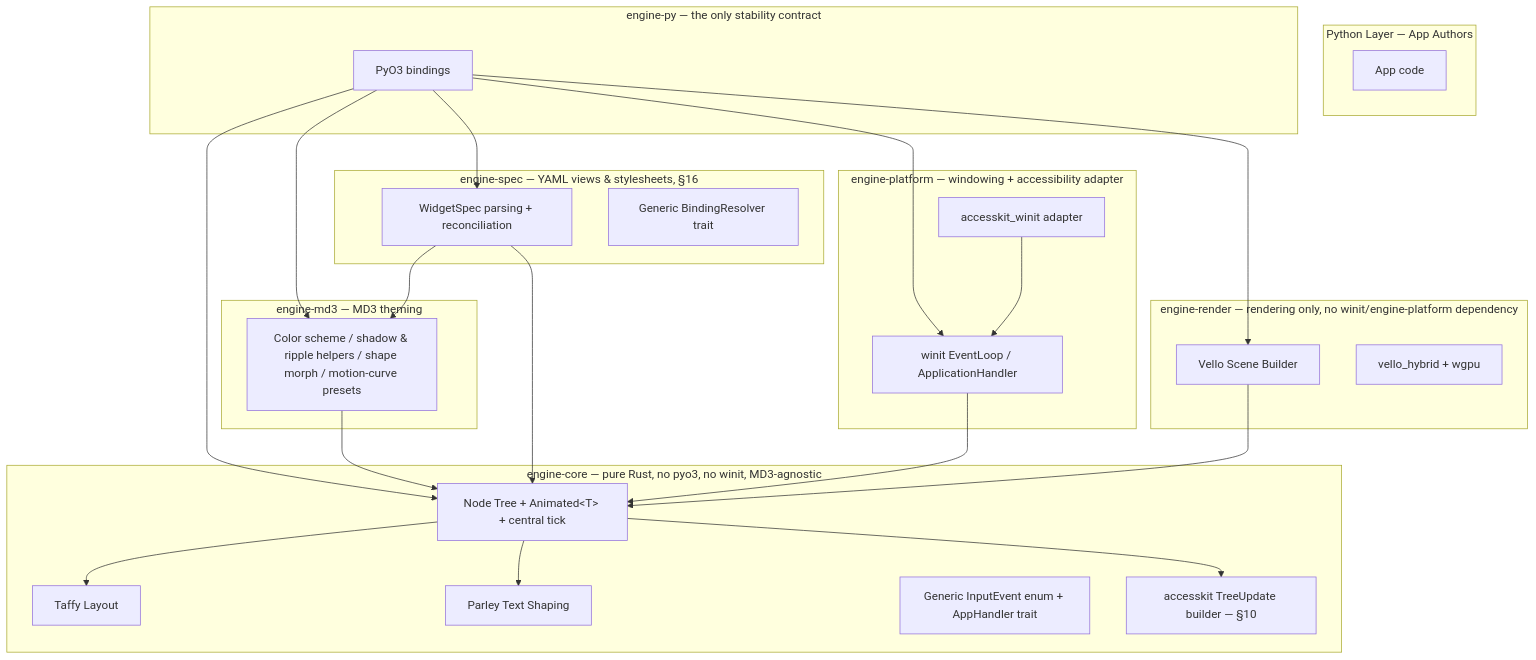
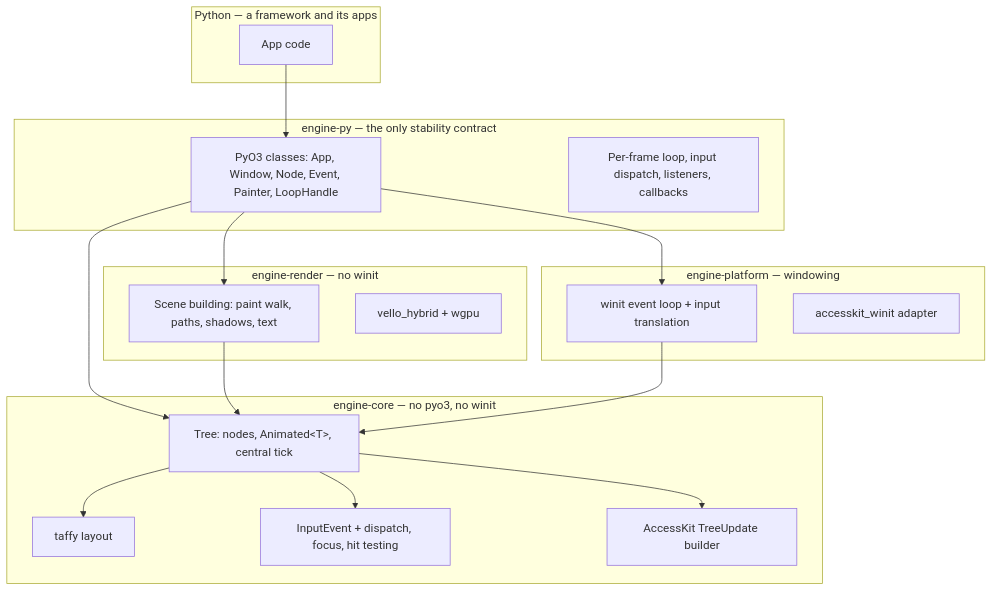
One commit to mindderivative/tre changed the first of 2 diagrams in ARCHITECTURE.md. Above: the diagram before and after it, drawn with Mermaid. The commit also changed other lines of this file and 45 other files, not shown here.

First line of the commit message:
M102 Phase 1 Step 2: rewrite ARCHITECTURE.md and README for the building-block engine

````diff
--- a/ARCHITECTURE.md
+++ b/ARCHITECTURE.md
@@ -117,45 +91,33 @@
 ```mermaid
 graph TD
-    subgraph Python["Python Layer — App Authors"]
+    subgraph Python["Python — a framework and its apps"]
         A[App code]
     end
     subgraph FFI["engine-py — the only stability contract"]
-        C[PyO3 bindings]
+        C[PyO3 classes: App, Window, Node, Event, Painter, LoopHandle]
+        R[Per-frame loop, input dispatch, listeners, callbacks]
     end
-    subgraph Core["engine-core — pure Rust, no pyo3, no winit, MD3-agnostic"]
-        D[Node Tree + Animated&lt;T&gt; + central tick]
-        E[Taffy Layout]
-        F[Parley Text Shaping]
-        N[Generic InputEvent enum + AppHandler trait]
-        O[accesskit TreeUpdate builder — §10]
+    subgraph Core["engine-core — no pyo3, no winit"]
+        D[Tree: nodes, Animated&lt;T&gt;, central tick]
+        E[taffy layout]
+        N[InputEvent + dispatch, focus, hit testing]
+        O[AccessKit TreeUpdate builder]
     end
-    subgraph MD3["engine-md3 — MD3 theming"]
-        G[Color scheme / shadow &amp; ripple helpers / shape morph / motion-curve presets]
-    end
-    subgraph Spec["engine-spec — YAML views &amp; stylesheets, §16"]
-        M[WidgetSpec parsing + reconciliation]
-        P[Generic BindingResolver trait]
-    end
-    subgraph Render["engine-render — rendering only, no winit/engine-platform dependency"]
-        H[Vello Scene Builder]
+    subgraph Render["engine-render — no winit"]
+        H[Scene building: paint walk, paths, shadows, text]
         I[vello_hybrid + wgpu]
     end
-    subgraph Platform["engine-platform — windowing + accessibility adapter"]
-        K[winit EventLoop / ApplicationHandler]
+    subgraph Platform["engine-platform — windowing"]
+        K[winit event loop + input translation]
         L[accesskit_winit adapter]
     end
+    A --> C
     C --> D
-    C --> G
     C --> H
     C --> K
-    C --> M
-    G --> D
-    M --> D
-    M --> G
+    H --> D
     K --> D
-    L --> K
     D --> E
-    D --> F
+    D --> N
     D --> O
-    H --> D
 ```
````
